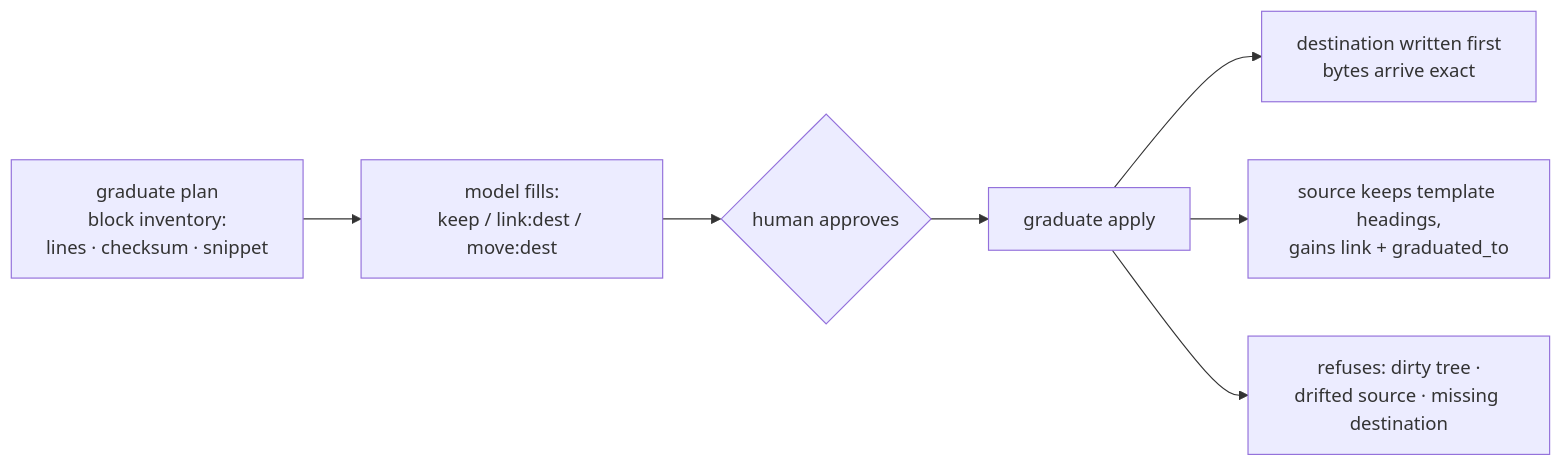
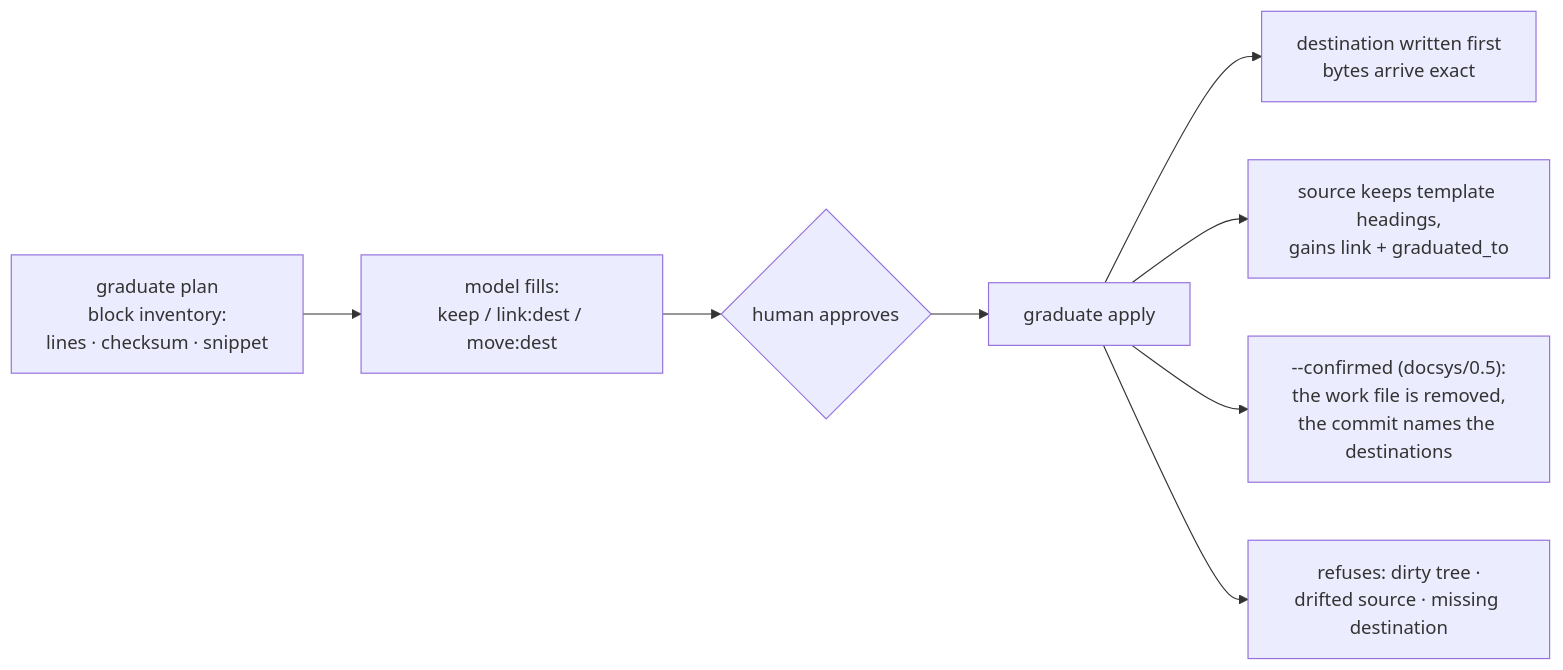
The fifth of 7 diagrams in README.md (FatihErtugral/docsys), drawn with Mermaid before and after one commit. The commit also changed other lines of this file and 17 other files, not shown here.

Commit message:
graduation ends by removing the work file: graduate apply --confirmed moves the last blocks, removes the source, and prints the message naming the destinations with Confirmed-by; refused while a block of value would leave with it (D-127)

````diff
--- a/README.md
+++ b/README.md
@@ -172,9 +172,10 @@
 ```mermaid
 flowchart LR
     PLAN["graduate plan<br/>block inventory:<br/>lines · checksum · snippet"] --> FILL["model fills:<br/>keep / link:dest / move:dest"]
     FILL --> APPROVE{human approves}
     APPROVE --> APPLY["graduate apply"]
     APPLY --> D1["destination written first<br/>bytes arrive exact"]
     APPLY --> D2["source keeps template headings,<br/>gains link + graduated_to"]
+    APPLY --> D4["--confirmed (docsys/0.5):<br/>the work file is removed,<br/>the commit names the destinations"]
     APPLY --> D3["refuses: dirty tree ·<br/>drifted source · missing destination"]
 ```
````
